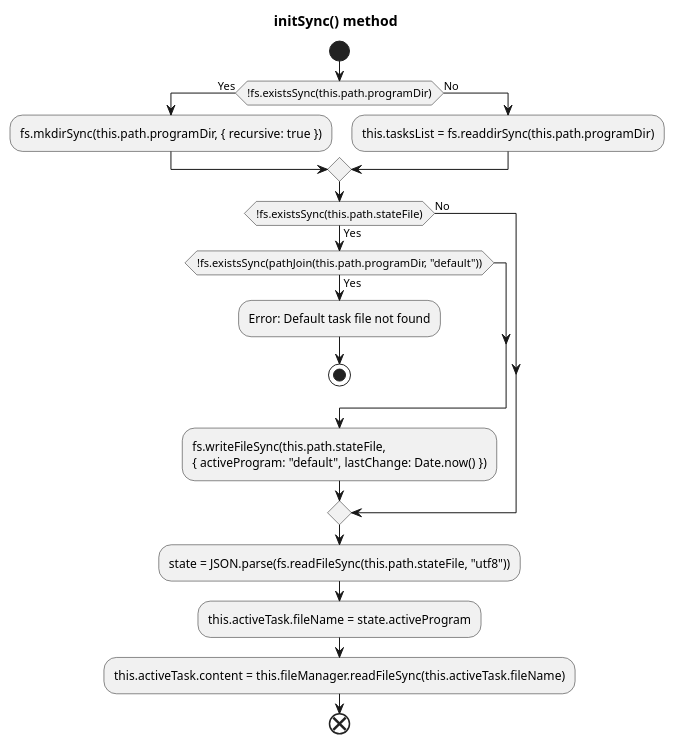
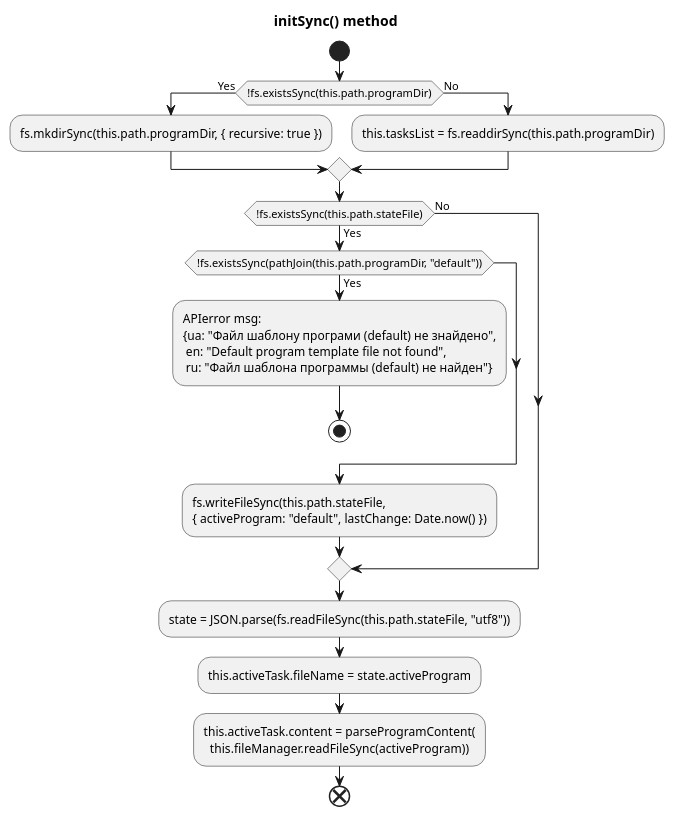
One commit to YVitalii/ASUTP2021 changed the first of 9 diagrams in controllers/tasksController/task.puml. Above: the diagram before and after it, drawn with PlantUML. The commit also changed other lines of this file and 9 other files, not shown here.

Commit message:
Доопрацювати TasksManager: APIerror, захист default/active, getFullHtml через API-шаблон, ProcessManager.

```diff
--- a/controllers/tasksController/task.puml
+++ b/controllers/tasksController/task.puml
@@ -1,24 +1,28 @@
 @startuml initSync
 
 title initSync() method
 start
 if (!fs.existsSync(this.path.programDir)) then (Yes)
     :fs.mkdirSync(this.path.programDir, { recursive: true });
 else (No)
     :this.tasksList = fs.readdirSync(this.path.programDir);
 endif
 
 if (!fs.existsSync(this.path.stateFile)) then (Yes)
     if (!fs.existsSync(pathJoin(this.path.programDir, "default"))) then (Yes)
-        :Error: Default task file not found;
+        :APIerror msg:
+        {ua: "Файл шаблону програми (default) не знайдено",
+         en: "Default program template file not found",
+         ru: "Файл шаблона программы (default) не найден"};
         stop
     endif
     :fs.writeFileSync(this.path.stateFile,
     { activeProgram: "default", lastChange: Date.now() });
 else (No)
 endif
 :state = JSON.parse(fs.readFileSync(this.path.stateFile, "utf8"));
 :this.activeTask.fileName = state.activeProgram;
-:this.activeTask.content = this.fileManager.readFileSync(this.activeTask.fileName);
+:this.activeTask.content = parseProgramContent(
+  this.fileManager.readFileSync(activeProgram));
 end
 @enduml
```
